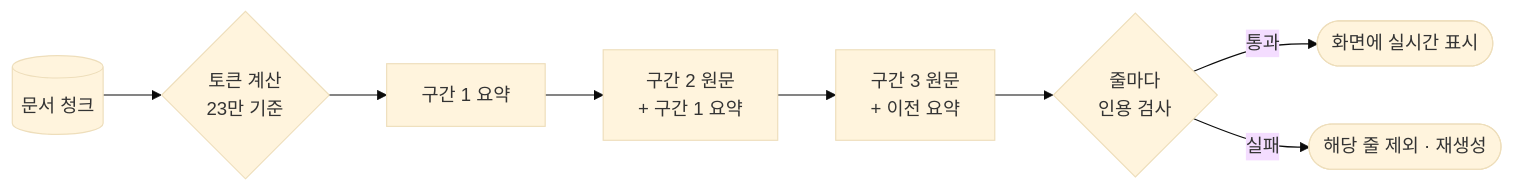
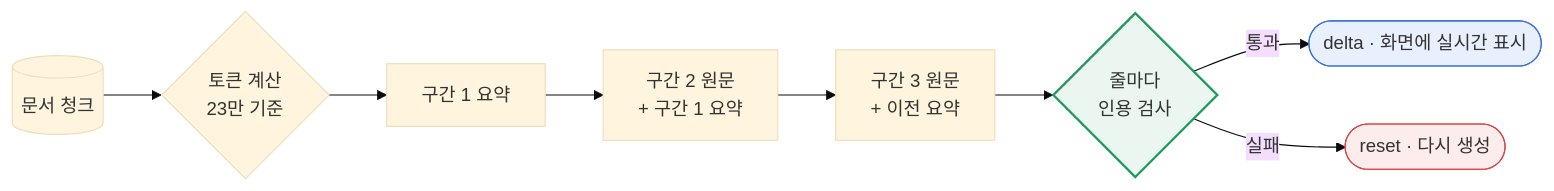
The second of 4 diagrams in README.md (nasaro-pro/Hyundap), drawn with Mermaid (base theme) before and after one commit. The commit also changed other lines of this file and 11 other files, not shown here.

````diff
--- a/README.md
+++ b/README.md
@@ -89,10 +122,14 @@
 ```mermaid
 flowchart LR
     D[(문서 청크)] --> P{토큰 계산<br/>23만 기준}
     P --> S1[구간 1 요약]
     S1 --> S2[구간 2 원문<br/>+ 구간 1 요약]
     S2 --> S3[구간 3 원문<br/>+ 이전 요약]
     S3 --> L{줄마다<br/>인용 검사}
-    L -- 통과 --> UI([화면에 실시간 표시])
-    L -- 실패 --> R([해당 줄 제외 · 재생성])
+    L -- 통과 --> UI([delta · 화면에 실시간 표시])
+    L -- 실패 --> R([reset · 다시 생성])
+
+    style L fill:#EAF6EF,stroke:#1E9B58,stroke-width:2px
+    style UI fill:#E8F0FE,stroke:#3B6FD8
+    style R fill:#FDECEC,stroke:#D64545
 ```
````
